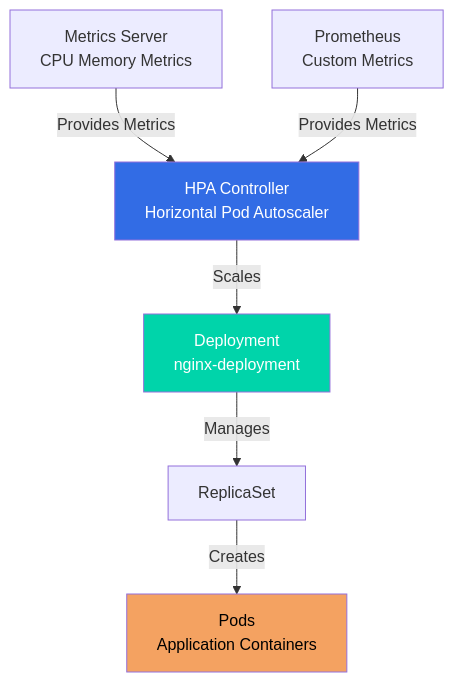
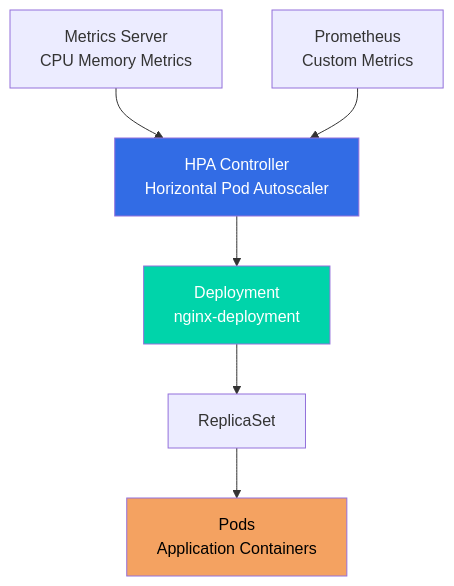
Diagram 28 of 33 in README.md (jayeshjd555/Kubernetes), drawn with Mermaid before and after one commit. The commit also changed other lines of this file, not shown here.

````diff
--- a/README.md
+++ b/README.md
@@ -10735,19 +10735,19 @@
 ```mermaid
 graph TB
     MS[Metrics Server<br/>CPU Memory Metrics]
     PM[Prometheus<br/>Custom Metrics]
     HPA[HPA Controller<br/>Horizontal Pod Autoscaler]
     DEP[Deployment<br/>nginx-deployment]
     RS[ReplicaSet]
     PODS[Pods<br/>Application Containers]
     
-    MS -->|Provides Metrics| HPA
-    PM -->|Provides Metrics| HPA
-    HPA -->|Scales| DEP
-    DEP -->|Manages| RS
-    RS -->|Creates| PODS
+    MS --> HPA
+    PM --> HPA
+    HPA --> DEP
+    DEP --> RS
+    RS --> PODS
     
     style HPA fill:#326ce5,color:#fff
     style DEP fill:#00d4aa,color:#fff
     style PODS fill:#f4a261,color:#000
 ```
````
